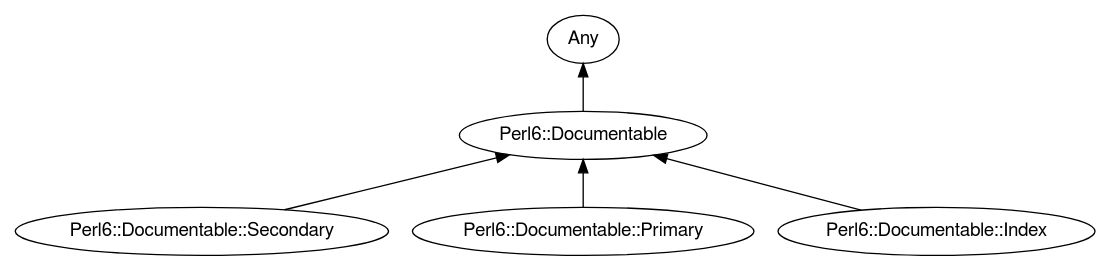
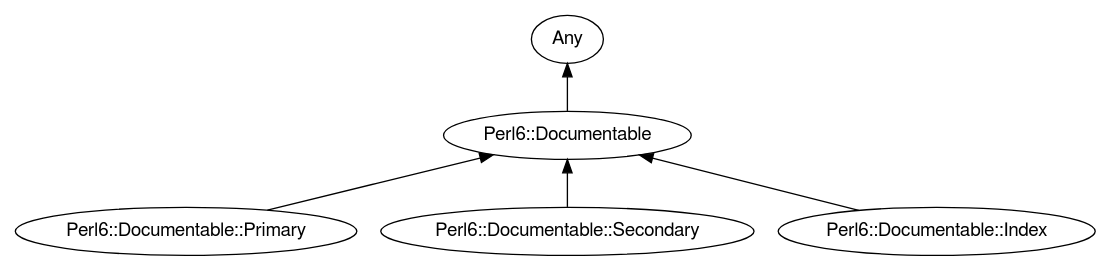
Before and after one commit to antoniogamiz/Perl6-Documentable: the diagram in images/type-graph-Perl6::Documentable.svg.dot, drawn with Graphviz. The commit also changed other lines of this file and 122 other files, not shown here.

```diff
--- a/images/type-graph-Perl6::Documentable.svg.dot
+++ b/images/type-graph-Perl6::Documentable.svg.dot
@@ -1,19 +1,19 @@
 digraph "perl6-type-graph" {
     rankdir=BT;
     splines=polyline;
     overlap=false; 
     // Types
     "Perl6::Documentable" [color="#000000", fontcolor="#000000", href="/type/Perl6::Documentable", fontname="FreeSans"];
     "Any" [color="#000000", fontcolor="#000000", href="/type/Any", fontname="FreeSans"];
+    "Perl6::Documentable::Primary" [color="#000000", fontcolor="#000000", href="/type/Perl6::Documentable::Primary", fontname="FreeSans"];
     "Perl6::Documentable::Secondary" [color="#000000", fontcolor="#000000", href="/type/Perl6::Documentable::Secondary", fontname="FreeSans"];
-    "Perl6::Documentable::Primary" [color="#000000", fontcolor="#000000", href="/type/Perl6::Documentable::Primary", fontname="FreeSans"];
     "Perl6::Documentable::Index" [color="#000000", fontcolor="#000000", href="/type/Perl6::Documentable::Index", fontname="FreeSans"];
 
     // Superclasses
     "Perl6::Documentable" -> "Any" [color="#000000"];
+    "Perl6::Documentable::Primary" -> "Perl6::Documentable" [color="#000000"];
     "Perl6::Documentable::Secondary" -> "Perl6::Documentable" [color="#000000"];
-    "Perl6::Documentable::Primary" -> "Perl6::Documentable" [color="#000000"];
     "Perl6::Documentable::Index" -> "Perl6::Documentable" [color="#000000"];
 
     // Roles
 }
```
